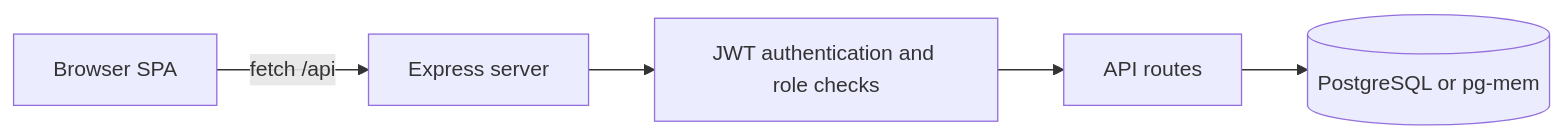
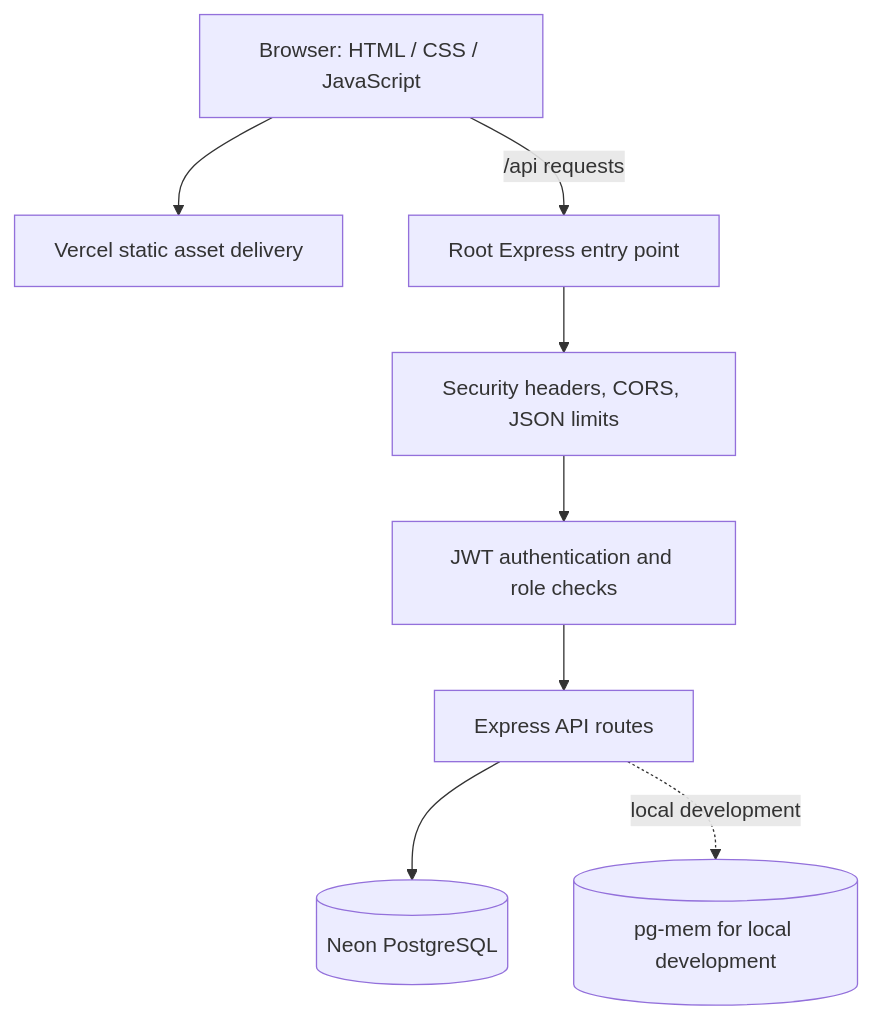
The diagram in README.md (Ak7950/EnterpriseOS), drawn with Mermaid before and after one commit. The commit also changed other lines of this file and 26 other files, not shown here.

````diff
--- a/README.md
+++ b/README.md
@@ -38,7 +45,16 @@
-```mermaid
-flowchart LR
-  Browser[Browser SPA] -->|fetch /api| Express[Express server]
-  Express --> Auth[JWT authentication and role checks]
-  Auth --> Routes[API routes]
-  Routes --> DB[(PostgreSQL or pg-mem)]
-```
+~~~mermaid
+flowchart TD
+    Browser[Browser: HTML / CSS / JavaScript]
+    Static[Vercel static asset delivery]
+    Handler[Root Express entry point]
+    Middleware[Security headers, CORS, JSON limits]
+    Auth[JWT authentication and role checks]
+    Routes[Express API routes]
+    DB[(Neon PostgreSQL)]
+    DevDB[(pg-mem for local development)]
+
+    Browser --> Static
+    Browser -->|/api requests| Handler
+    Handler --> Middleware --> Auth --> Routes --> DB
+    Routes -. local development .-> DevDB
+~~~
````
